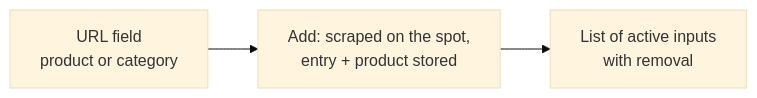
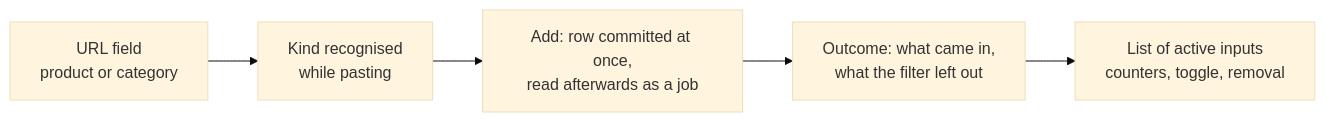
The diagram in docs/implemented-plugins/dragon-store/features.md (caporalesimone/watch-em-all), drawn with Mermaid (base theme) before and after one commit. The commit also changed other lines of this file and 15 other files, not shown here.

````diff
--- a/docs/implemented-plugins/dragon-store/features.md
+++ b/docs/implemented-plugins/dragon-store/features.md
@@ -22,5 +22,7 @@
 ```mermaid
 flowchart LR
-    IN[URL field<br/>product or category] --> ADD[Add: scraped on the spot,<br/>entry + product stored]
-    ADD --> LIST[List of active inputs<br/>with removal]
+    IN[URL field<br/>product or category] --> KIND[Kind recognised<br/>while pasting]
+    KIND --> ADD[Add: row committed at once,<br/>read afterwards as a job]
+    ADD --> OUT[Outcome: what came in,<br/>what the filter left out]
+    OUT --> LIST[List of active inputs<br/>counters, toggle, removal]
 ```
````
